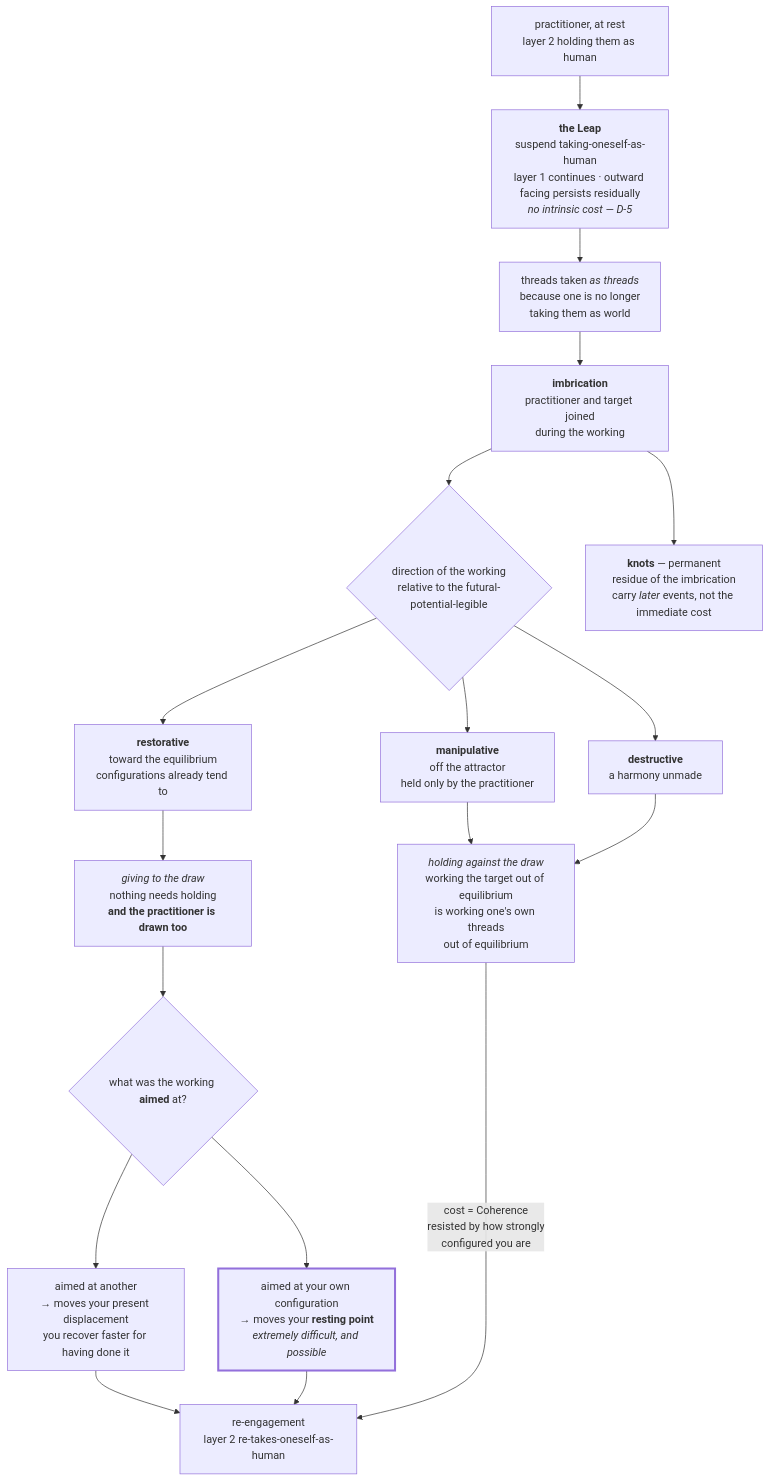
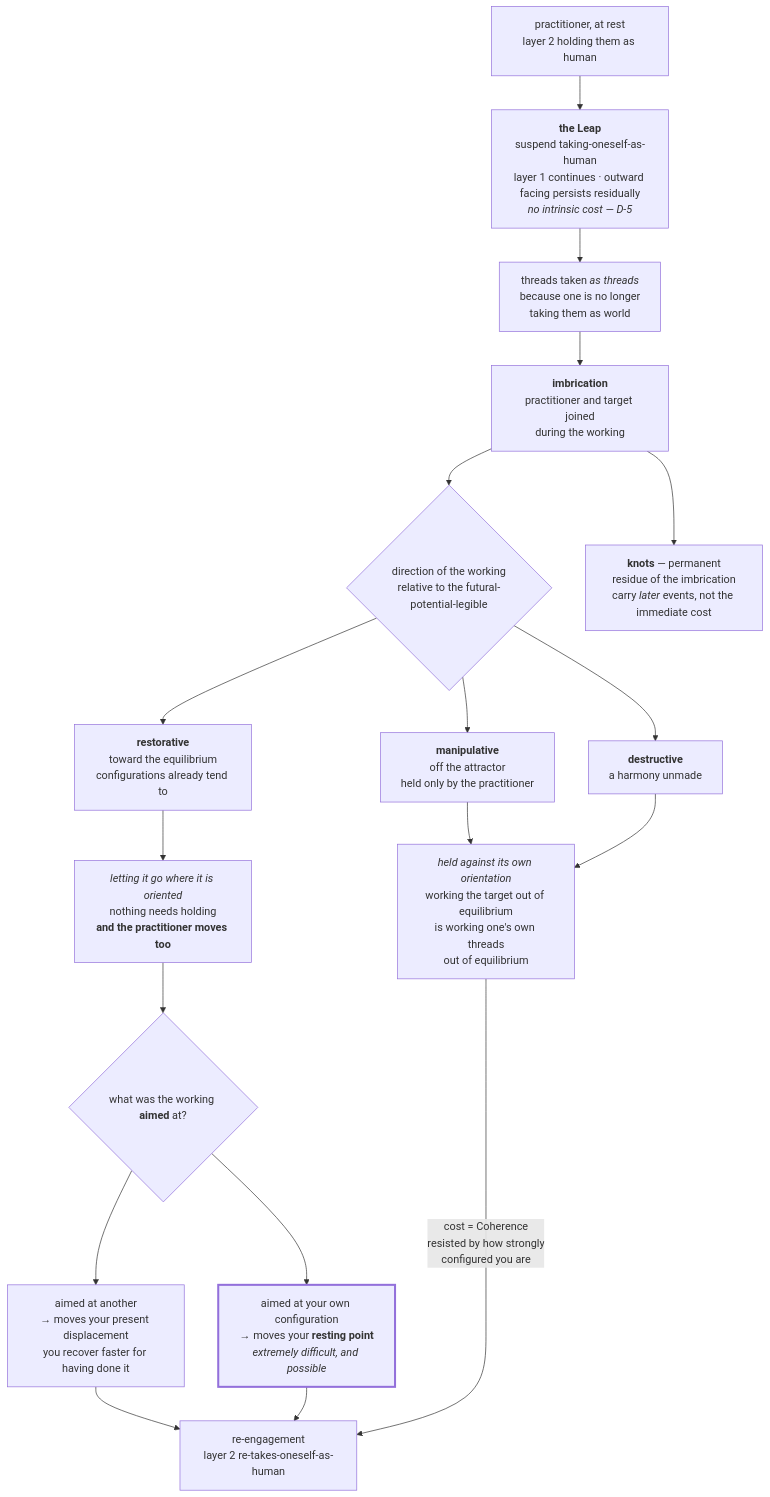
The third of 8 diagrams in canon/philosophy/DIAGRAM.md (jordanelias/ttrpg), drawn with Mermaid before and after one commit. The commit also changed other lines of this file and 7 other files, not shown here.

````diff
--- a/canon/philosophy/DIAGRAM.md
+++ b/canon/philosophy/DIAGRAM.md
@@ -93,32 +94,32 @@
 ```mermaid
 flowchart TD
     A["practitioner, at rest<br/>layer 2 holding them as human"]
     B["<b>the Leap</b><br/>suspend taking-oneself-as-human<br/>layer 1 continues · outward facing persists residually<br/><i>no intrinsic cost — D-5</i>"]
     C["threads taken <i>as threads</i><br/>because one is no longer<br/>taking them as world"]
     D["<b>imbrication</b><br/>practitioner and target joined<br/>during the working"]
     E{"direction of the working<br/>relative to the futural-potential-legible"}
     F["<b>restorative</b><br/>toward the equilibrium<br/>configurations already tend to"]
     G["<b>manipulative</b><br/>off the attractor<br/>held only by the practitioner"]
     H["<b>destructive</b><br/>a harmony unmade"]
-    I["<i>giving to the draw</i><br/>nothing needs holding<br/><b>and the practitioner is drawn too</b>"]
-    J["<i>holding against the draw</i><br/>working the target out of equilibrium<br/>is working one's own threads<br/>out of equilibrium"]
+    I["<i>letting it go where it is oriented</i><br/>nothing needs holding<br/><b>and the practitioner moves too</b>"]
+    J["<i>held against its own orientation</i><br/>working the target out of equilibrium<br/>is working one's own threads<br/>out of equilibrium"]
     M{"what was the working <b>aimed</b> at?"}
     N["aimed at another<br/>→ moves your present displacement<br/>you recover faster for having done it"]
     O["aimed at your own configuration<br/>→ moves your <b>resting point</b><br/><i>extremely difficult, and possible</i>"]
     K["<b>knots</b> — permanent<br/>residue of the imbrication<br/>carry <i>later</i> events, not the immediate cost"]
     L["re-engagement<br/>layer 2 re-takes-oneself-as-human"]
 
     A --> B --> C --> D --> E
     E --> F --> I
     E --> G --> J
     E --> H --> J
     I --> M
     M --> N
     M --> O
     N --> L
     O --> L
     J -->|"cost = Coherence<br/>resisted by how strongly<br/>configured you are"| L
     D --> K
 
     style O stroke-width:3px
 ```
````
